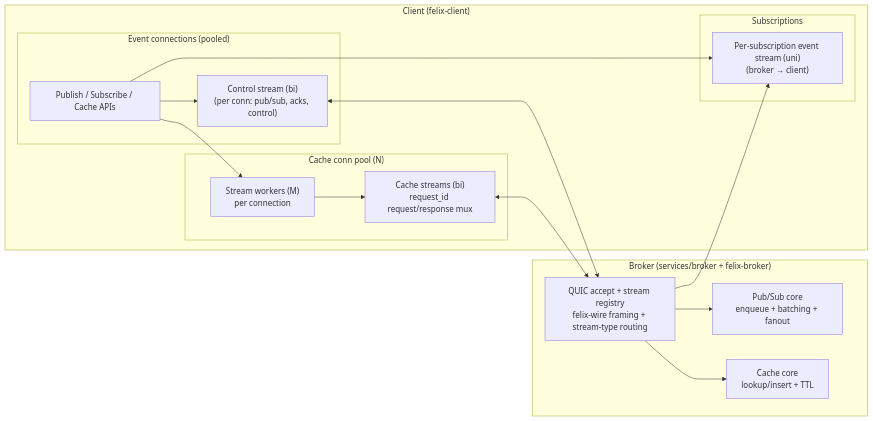
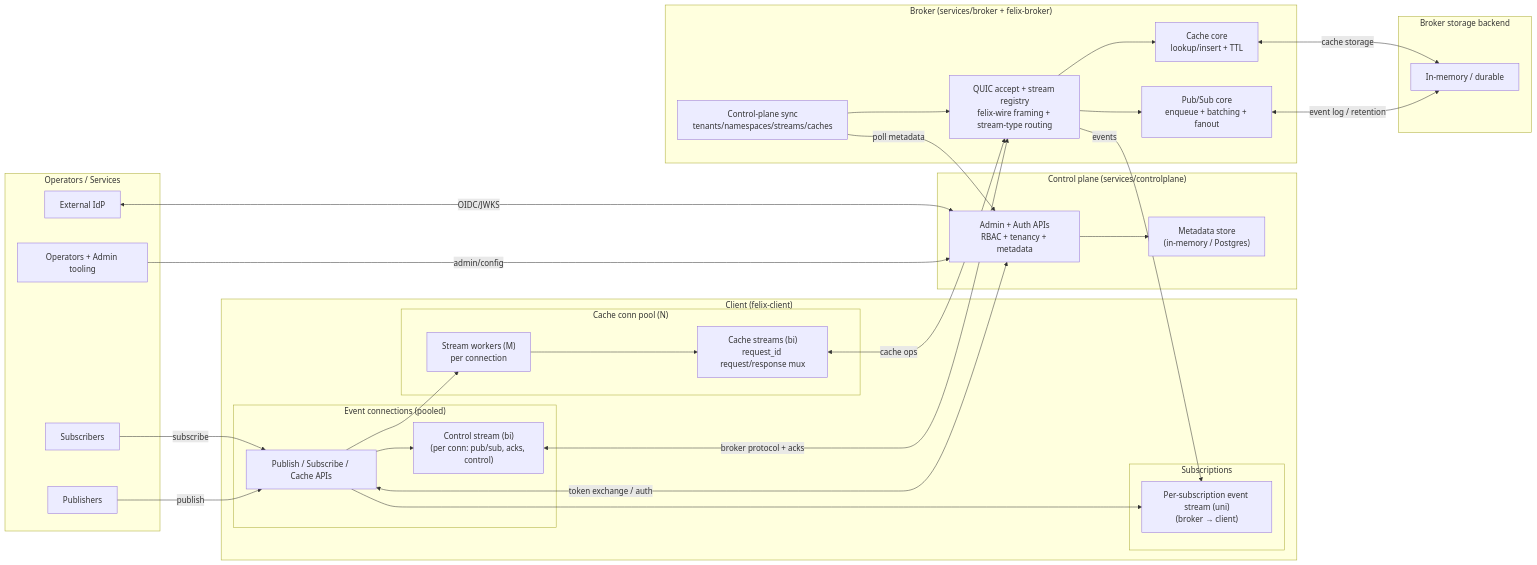
Before and after one commit to gabloe/felix: the diagram in docs-site/docs/index.md, drawn with Mermaid. The commit also changed 1 other file, not shown here.

Commit message:
Update mermaid charts to be complete

````diff
--- a/docs-site/docs/index.md
+++ b/docs-site/docs/index.md
@@ -68,36 +68,64 @@
 ```mermaid
 flowchart LR
+    subgraph OPS["Operators / Services"]
+        Op["Operators + Admin tooling"]
+        PubSvc["Publishers"]
+        SubSvc["Subscribers"]
+        IdP["External IdP"]
+    end
+
     subgraph C["Client (felix-client)"]
         API["Publish / Subscribe / Cache APIs"]
 
         subgraph EVC["Event connections (pooled)"]
             Ctrl["Control stream (bi)<br/>(per conn: pub/sub, acks, control)"]
             API --> Ctrl
         end
 
         subgraph SUBS["Subscriptions"]
             SubU["Per-subscription event stream (uni)<br/>(broker → client)"]
         end
         API --> SubU
 
         subgraph CCP["Cache conn pool (N)"]
             SW["Stream workers (M)<br/>per connection"]
             CacheS["Cache streams (bi)<br/>request_id request/response mux"]
             API --> SW
             SW --> CacheS
         end
     end
 
+    subgraph CP["Control plane (services/controlplane)"]
+        CPAPI["Admin + Auth APIs<br/>RBAC + tenancy + metadata"]
+        Store["Metadata store<br/>(in-memory / Postgres)"]
+        CPAPI --> Store
+    end
+
     subgraph B["Broker (services/broker + felix-broker)"]
         Ingress["QUIC accept + stream registry<br/>felix-wire framing + stream-type routing"]
         PS["Pub/Sub core<br/>enqueue + batching + fanout"]
         Cache["Cache core<br/>lookup/insert + TTL"]
+        Sync["Control-plane sync<br/>tenants/namespaces/streams/caches"]
 
         Ingress --> PS
         Ingress --> Cache
+        Sync --> Ingress
     end
 
-    Ctrl <--> Ingress
-    Ingress --> SubU
-    CacheS <--> Ingress
+    subgraph BS["Broker storage backend"]
+        StoreB["In-memory / durable"]
+    end
+
+    Op --> |admin/config| CPAPI
+    PubSvc --> |publish| API
+    SubSvc --> |subscribe| API
+
+    Ctrl <--> |broker protocol + acks| Ingress
+    Ingress --> |events| SubU
+    CacheS <--> |cache ops| Ingress
+    IdP <--> |OIDC/JWKS| CPAPI
+    API <--> |token exchange / auth| CPAPI
+    Sync --> |poll metadata| CPAPI
+    PS <--> |event log / retention| StoreB
+    Cache <--> |cache storage| StoreB
 ```
````
